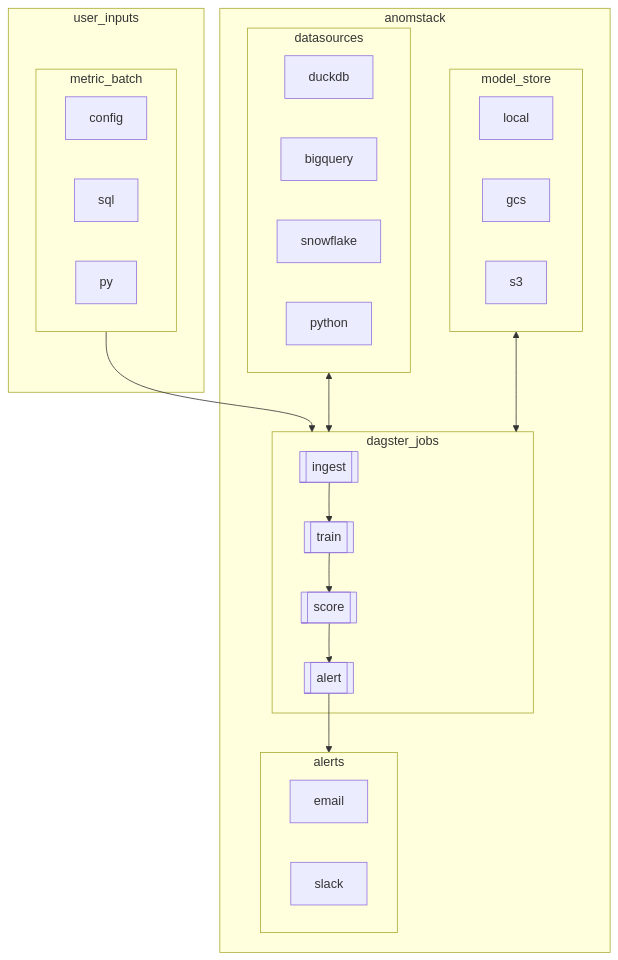
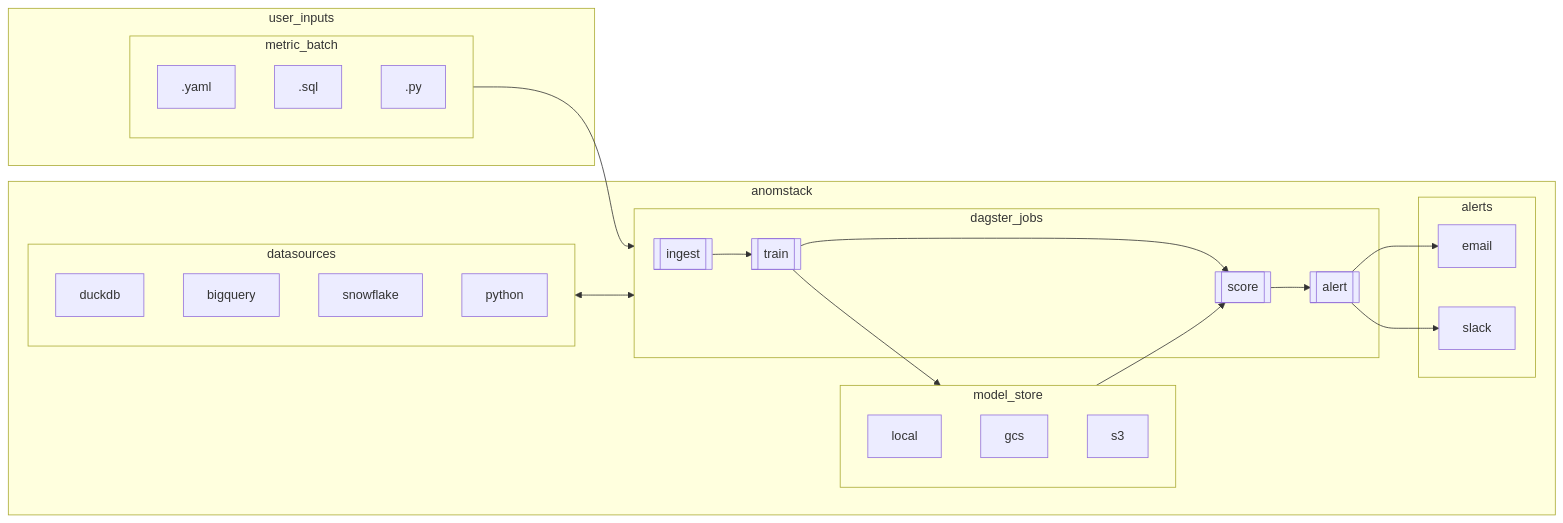
Before and after one commit to andrewm4894/anomstack: the diagram in docs/architecture.md, drawn with Mermaid.

Commit message:
better diagram

````diff
--- a/docs/architecture.md
+++ b/docs/architecture.md
@@ -2,65 +2,67 @@
 ```mermaid
-flowchart TD;
+flowchart LR;
 
     metric_batch_config[config]
     metric_batch_sql[sql]
     metric_batch_py[py]
     ingest[[ingest]]
     train[[train]]
     score[[score]]
     alert[[alert]]
 
     subgraph metric_batch
-    metric_batch_config
-    metric_batch_sql
-    metric_batch_py
+    metric_batch_config[".yaml"]
+    metric_batch_sql[".sql"]
+    metric_batch_py[".py"]
     end
 
     subgraph dagster_jobs
     ingest
     train
     score
     alert
     end
 
     subgraph alerts
     email
     slack
     end
 
     subgraph datasources
     duckdb
     bigquery
     snowflake
     python
     end
 
     subgraph user_inputs
     metric_batch
     end
 
     subgraph anomstack
     dagster_jobs
     datasources
     model_store
     alerts
     end
 
     subgraph model_store
     local
     gcs
     s3
     end
 
     ingest --> train
     train --> score
     score --> alert
 
     metric_batch --> dagster_jobs
 
-    alert --> alerts
+    alert --> email
+    alert --> slack
 
     datasources <--> dagster_jobs
-    model_store <--> dagster_jobs
+    train --> model_store
+    model_store --> score
 
 ```
````
